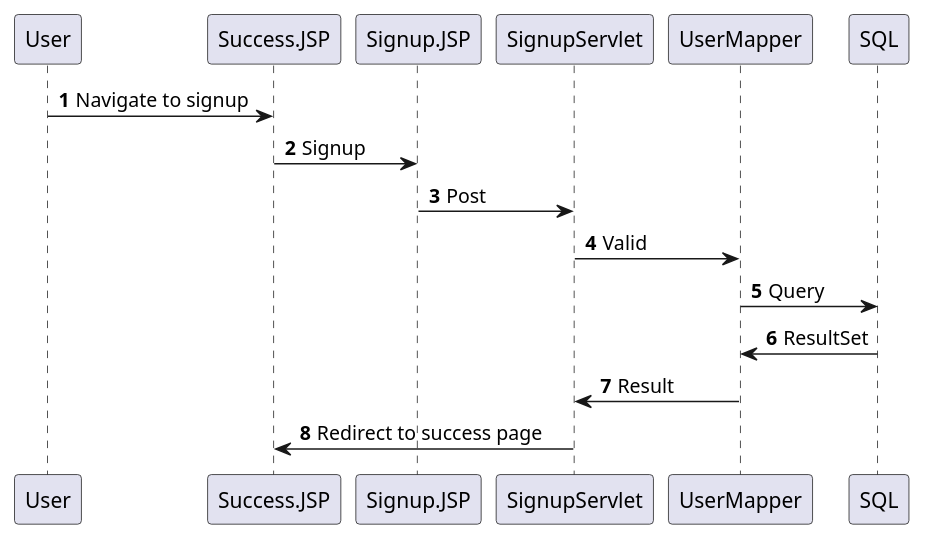
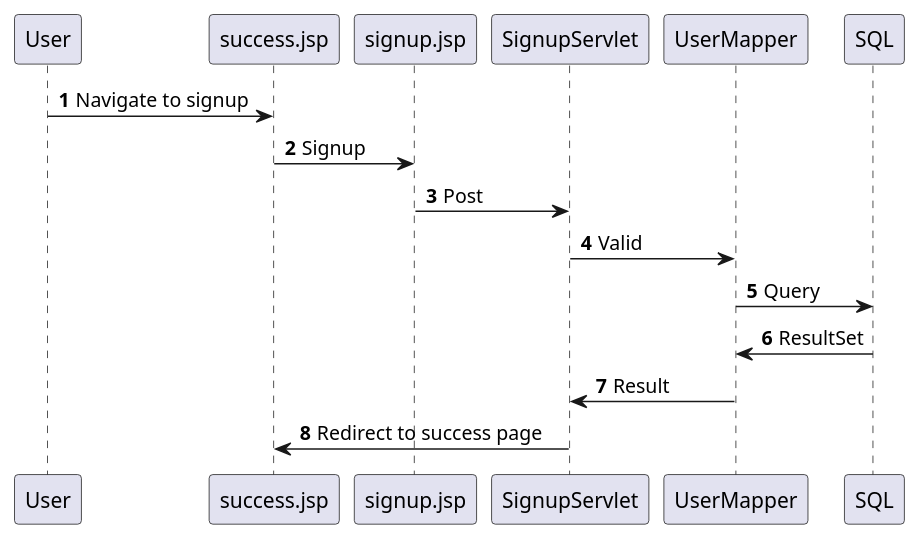
The diagram in documentation/SqCustomerSignup.puml (HeinLarsen/fog-carport), drawn with PlantUML before and after one commit. The commit also changed 6 other files, not shown here.

```diff
--- a/documentation/SqCustomerSignup.puml
+++ b/documentation/SqCustomerSignup.puml
@@ -1,15 +1,15 @@
 @startuml
 'https://plantuml.com/sequence-diagram
 
 autonumber
 
-User -> Success.JSP: Navigate to signup
-Success.JSP -> Signup.JSP: Signup
-Signup.JSP -> SignupServlet: Post
+User -> success.jsp: Navigate to signup
+success.jsp -> signup.jsp: Signup
+signup.jsp -> SignupServlet: Post
 SignupServlet -> UserMapper: Valid
 UserMapper -> SQL: Query
 SQL -> UserMapper: ResultSet
 UserMapper -> SignupServlet: Result
-SignupServlet -> Success.JSP: Redirect to success page
+SignupServlet -> success.jsp: Redirect to success page
 
 @enduml
```
